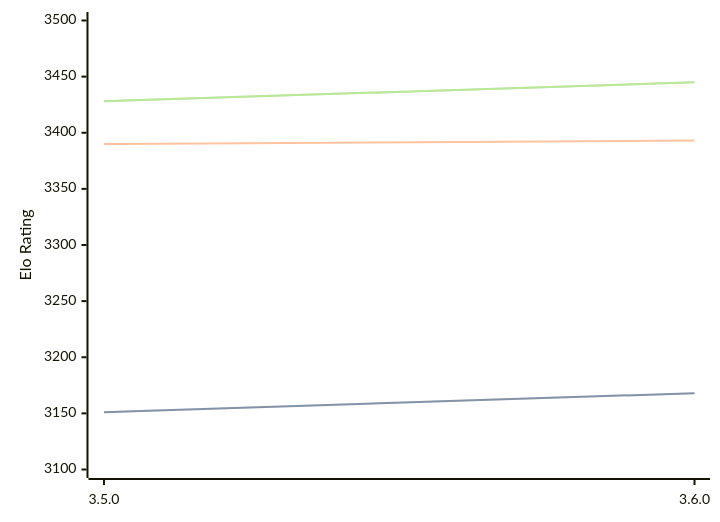
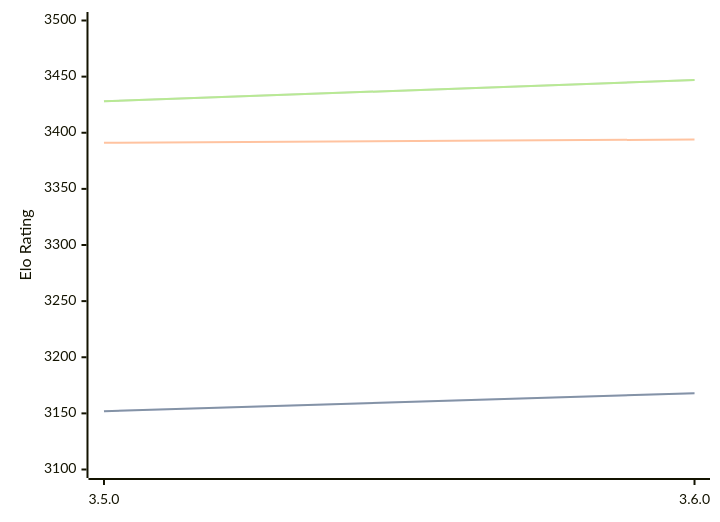
Before and after one commit to computer-chess-index/cci: the third of 3 diagrams in engines/Igel.md, drawn with Mermaid. The commit also changed other lines of this file, not shown here.

Commit message:
Update CCI Ratings (ELO VLTC) - 2026-07-02

````diff
--- a/engines/Igel.md
+++ b/engines/Igel.md
@@ -101,11 +101,11 @@
 ```mermaid
 %%{init: {"theme":"base","themeVariables":{"seriesColors:['#a3a3a3','#222221','#faa371']}}}%%
 xychart-beta
   x-axis ["3.5.0", "3.6.0"]
   y-axis "Elo Rating" 3100 --> 3500
-  line "STC (8.0+0.08s)" [3151, 3168]
-  line "STC (8.0+0.08s)" [3151, 3168]
-  line "LTC (60.0+0.60s)" [3390, 3393]
-  line "VLTC (2m24s+1.12s)" [3428, 3445]
-  line "VLTC (2m24s+1.12s)" [3428, 3445]
+  line "STC (8.0+0.08s)" [3152, 3168]
+  line "STC (8.0+0.08s)" [3152, 3168]
+  line "LTC (60.0+0.60s)" [3391, 3394]
+  line "VLTC (2m24s+1.12s)" [3428, 3447]
+  line "VLTC (2m24s+1.12s)" [3428, 3447]
 ```
````
